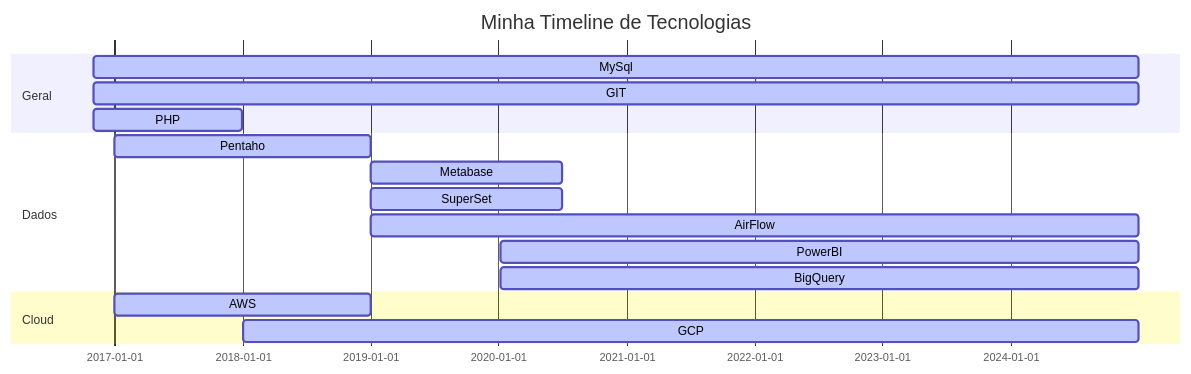
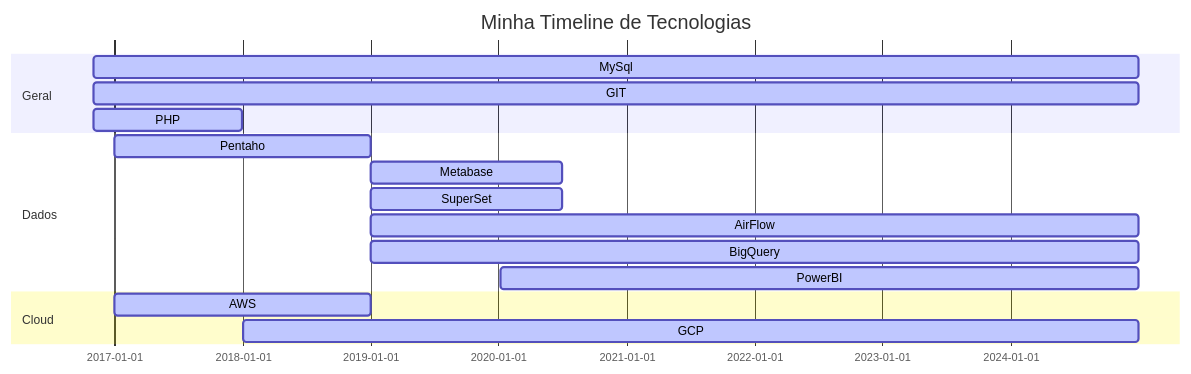
The diagram in README.md (ArturAlvesC/ArturAlvesC), drawn with Mermaid before and after one commit.

````diff
--- a/README.md
+++ b/README.md
@@ -6,21 +6,21 @@
 ```mermaid
 gantt
 dateFormat  YYYY-MM-DD
 title Minha Timeline de Tecnologias
 section Geral
 MySql           :active,, 2016-11-01,2024-12-31
 GIT           :active,, 2016-11-01,2024-12-31
 PHP           :active,, 2016-11-01,2017-12-31
 
 section Dados
 Pentaho       :active,, 2017-01-01,2018-12-31
 Metabase      :active,, 2019-01-01,2020-06-30
 SuperSet      :active,, 2019-01-01,2020-06-30
 AirFlow       :active,, 2019-01-01,2024-12-31
-PowerBI      :active,, 2020-01-07,2024-12-31
-BigQuery     :active,, 2020-01-07,2024-12-31
+BigQuery      :active,, 2019-01-01,2024-12-31
+PowerBI       :active,, 2020-01-07,2024-12-31
 
 section Cloud
 AWS           :active,, 2017-01-01,2019-01-01
 GCP           :active,, 2018-01-01,2024-12-31
 ```
````
